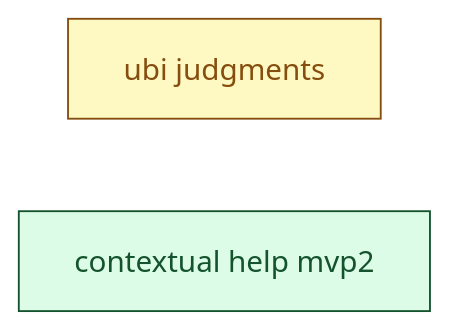
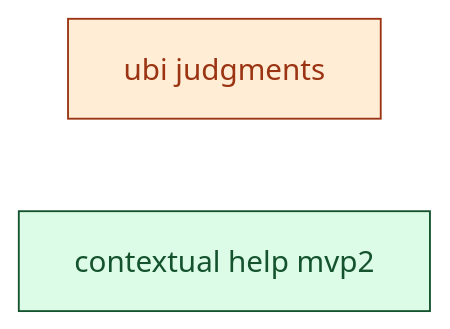
The diagram in docs/00_overview/MVP2_DASHBOARD.md (SoundMindsAI/relyloop), drawn with Mermaid before and after one commit. The commit also changed other lines of this file and 7 other files, not shown here.

````diff
--- a/docs/00_overview/MVP2_DASHBOARD.md
+++ b/docs/00_overview/MVP2_DASHBOARD.md
@@ -79,12 +79,12 @@
 ```mermaid
 graph LR
   classDef done fill:#dcfce7,stroke:#14532d,color:#14532d;
   classDef implement fill:#ffedd5,stroke:#9a3412,color:#9a3412;
   classDef plan fill:#fef9c3,stroke:#854d0e,color:#854d0e;
   classDef spec fill:#dbeafe,stroke:#1e40af,color:#1e40af;
   classDef idea fill:#f1f5f9,stroke:#334155,color:#334155;
   feat_ubi_judgments["ubi judgments"]
-  class feat_ubi_judgments plan;
+  class feat_ubi_judgments implement;
   feat_contextual_help_mvp2["contextual help mvp2"]
   class feat_contextual_help_mvp2 done;
 ```
````
